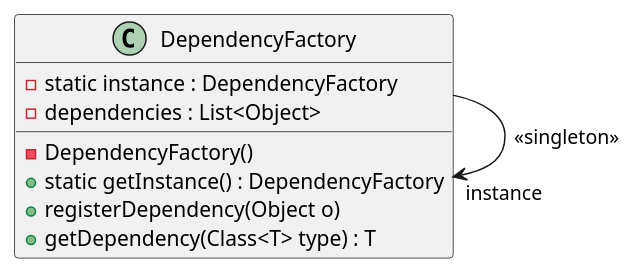
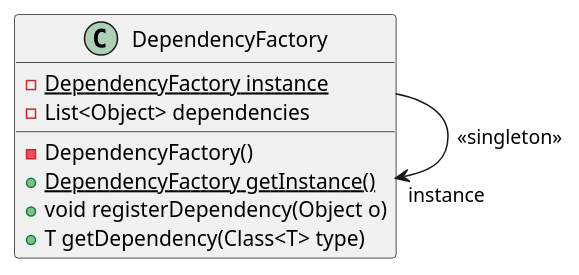
The diagram in uml/entwurfsmuster/singleton.puml (mohjohfox/cli-sudoku), drawn with PlantUML before and after one commit. The commit also changed other lines of this file and 18 other files, not shown here.

```diff
--- a/uml/entwurfsmuster/singleton.puml
+++ b/uml/entwurfsmuster/singleton.puml
@@ -1,12 +1,11 @@
 @startuml
 class DependencyFactory {
-  - static instance : DependencyFactory
-  - dependencies : List<Object>
+  - {static} DependencyFactory instance
+  - List<Object> dependencies
   - DependencyFactory()
-  + static getInstance() : DependencyFactory
-  + registerDependency(Object o)
-  + getDependency(Class<T> type) : T
+  + {static} DependencyFactory getInstance()
+  + void registerDependency(Object o)
+  + T getDependency(Class<T> type)
 }
 DependencyFactory --> "instance" DependencyFactory: <<singleton>>
-
 @enduml
```
